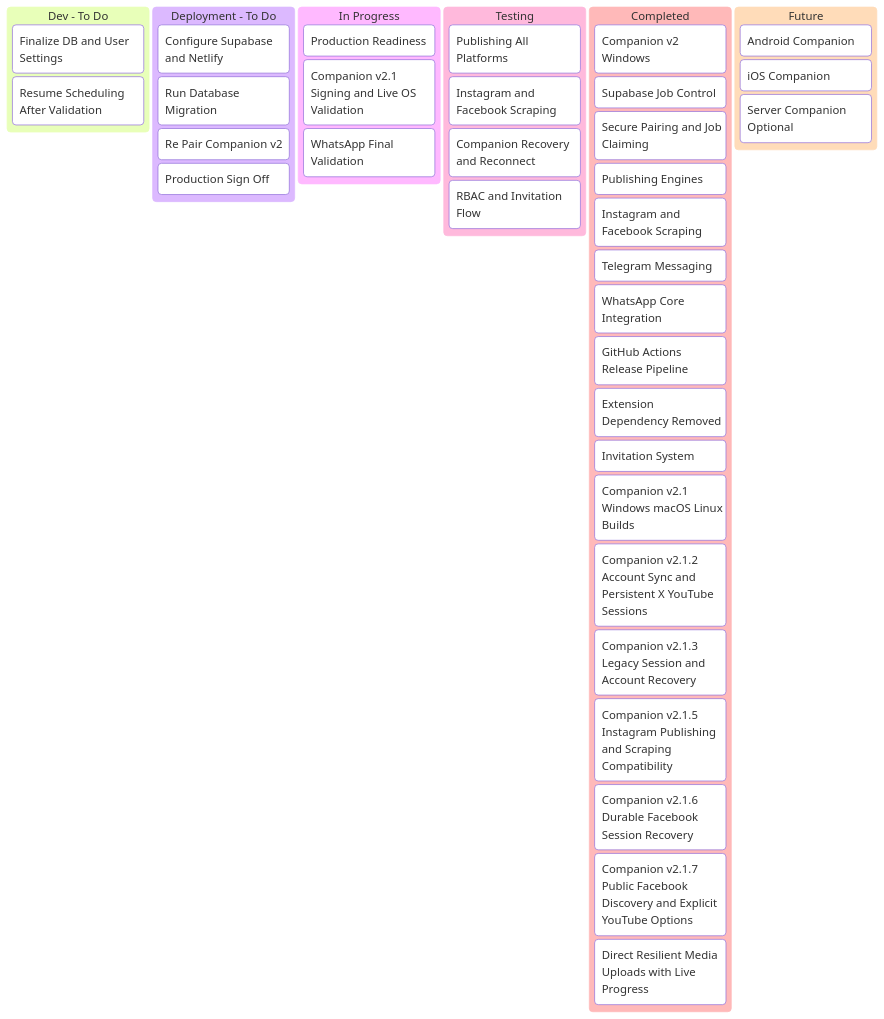
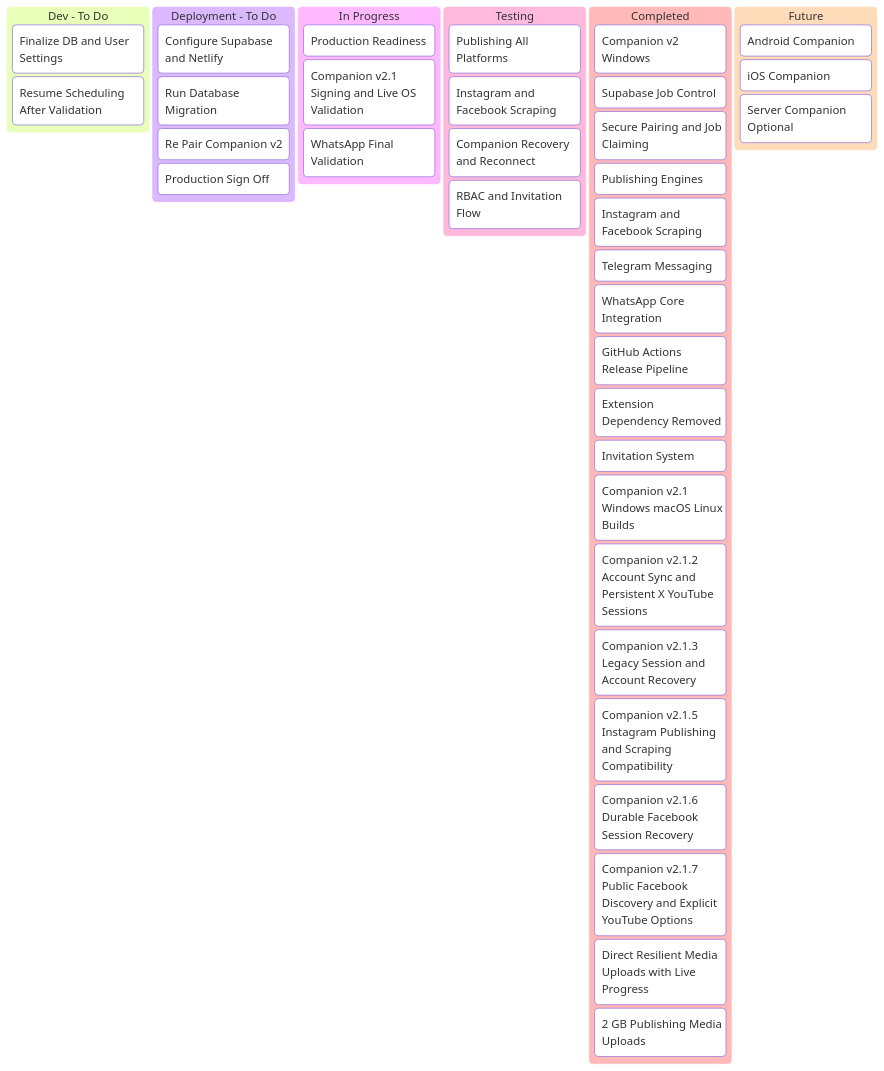
One commit to tinitiateprime/agentic-that changed the first of 2 diagrams in agentic-that-project-tracker.md. Above: the diagram before and after it, drawn with Mermaid. The commit also changed 3 other files, not shown here.

Commit message:
feat: allow 2 GB publishing media

````diff
--- a/agentic-that-project-tracker.md
+++ b/agentic-that-project-tracker.md
@@ -5,47 +5,48 @@
 ```mermaid
 kanban
   devTodo[Dev - To Do]
     dev1[Finalize DB and User Settings]
     dev2[Resume Scheduling After Validation]
 
   deploymentTodo[Deployment - To Do]
     dep1[Configure Supabase and Netlify]
     dep2[Run Database Migration]
     dep3[Re Pair Companion v2]
     dep4[Production Sign Off]
 
   inProgress[In Progress]
     prog1[Production Readiness]
     prog2[Companion v2.1 Signing and Live OS Validation]
     prog3[WhatsApp Final Validation]
 
   testing[Testing]
     test1[Publishing All Platforms]
     test2[Instagram and Facebook Scraping]
     test3[Companion Recovery and Reconnect]
     test4[RBAC and Invitation Flow]
 
   completed[Completed]
     done1[Companion v2 Windows]
     done2[Supabase Job Control]
     done3[Secure Pairing and Job Claiming]
     done4[Publishing Engines]
     done5[Instagram and Facebook Scraping]
     done6[Telegram Messaging]
     done7[WhatsApp Core Integration]
     done8[GitHub Actions Release Pipeline]
     done9[Extension Dependency Removed]
     done10[Invitation System]
     done11[Companion v2.1 Windows macOS Linux Builds]
     done12[Companion v2.1.2 Account Sync and Persistent X YouTube Sessions]
     done13[Companion v2.1.3 Legacy Session and Account Recovery]
     done14[Companion v2.1.5 Instagram Publishing and Scraping Compatibility]
     done15[Companion v2.1.6 Durable Facebook Session Recovery]
     done16[Companion v2.1.7 Public Facebook Discovery and Explicit YouTube Options]
     done17[Direct Resilient Media Uploads with Live Progress]
+    done18[2 GB Publishing Media Uploads]
 
   future[Future]
     future1[Android Companion]
     future2[iOS Companion]
     future3[Server Companion Optional]
 ```
````
